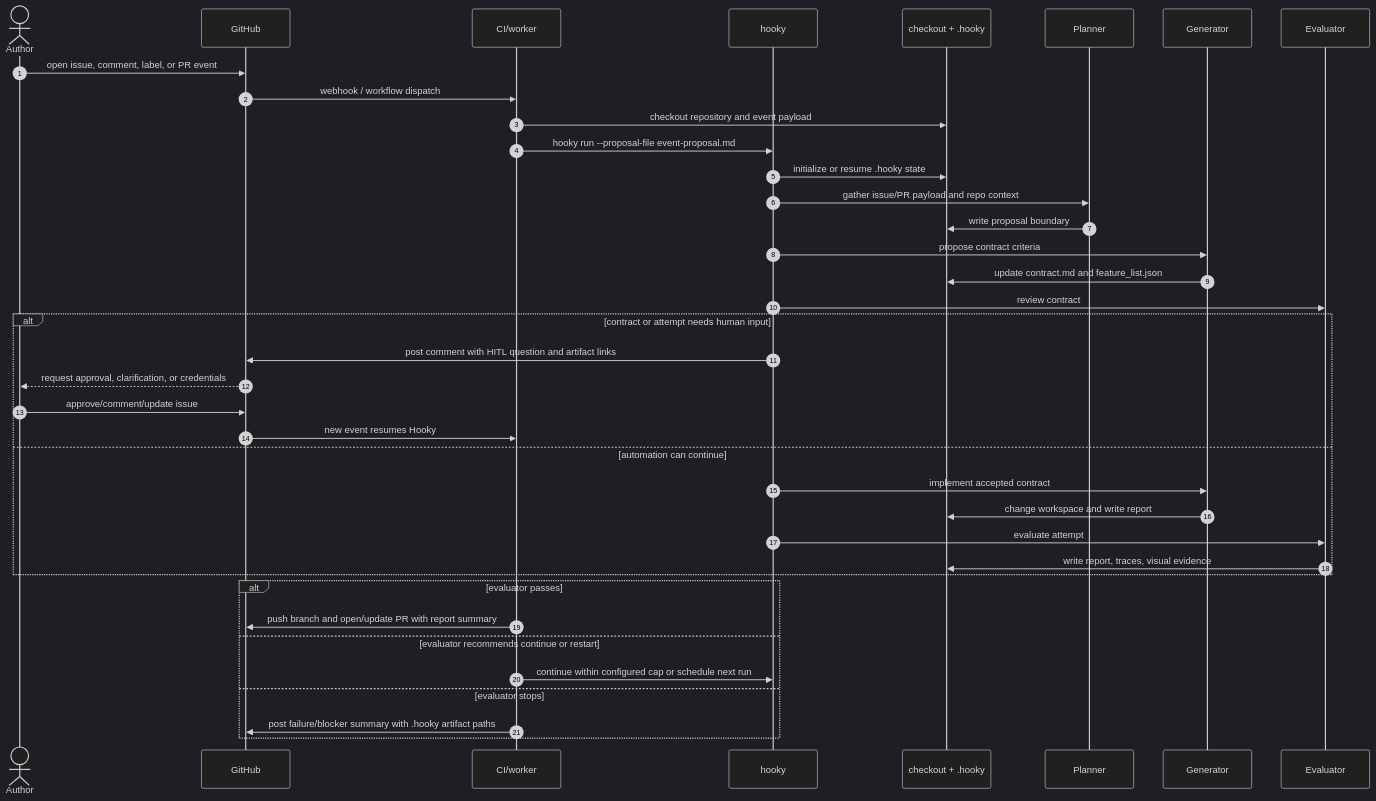
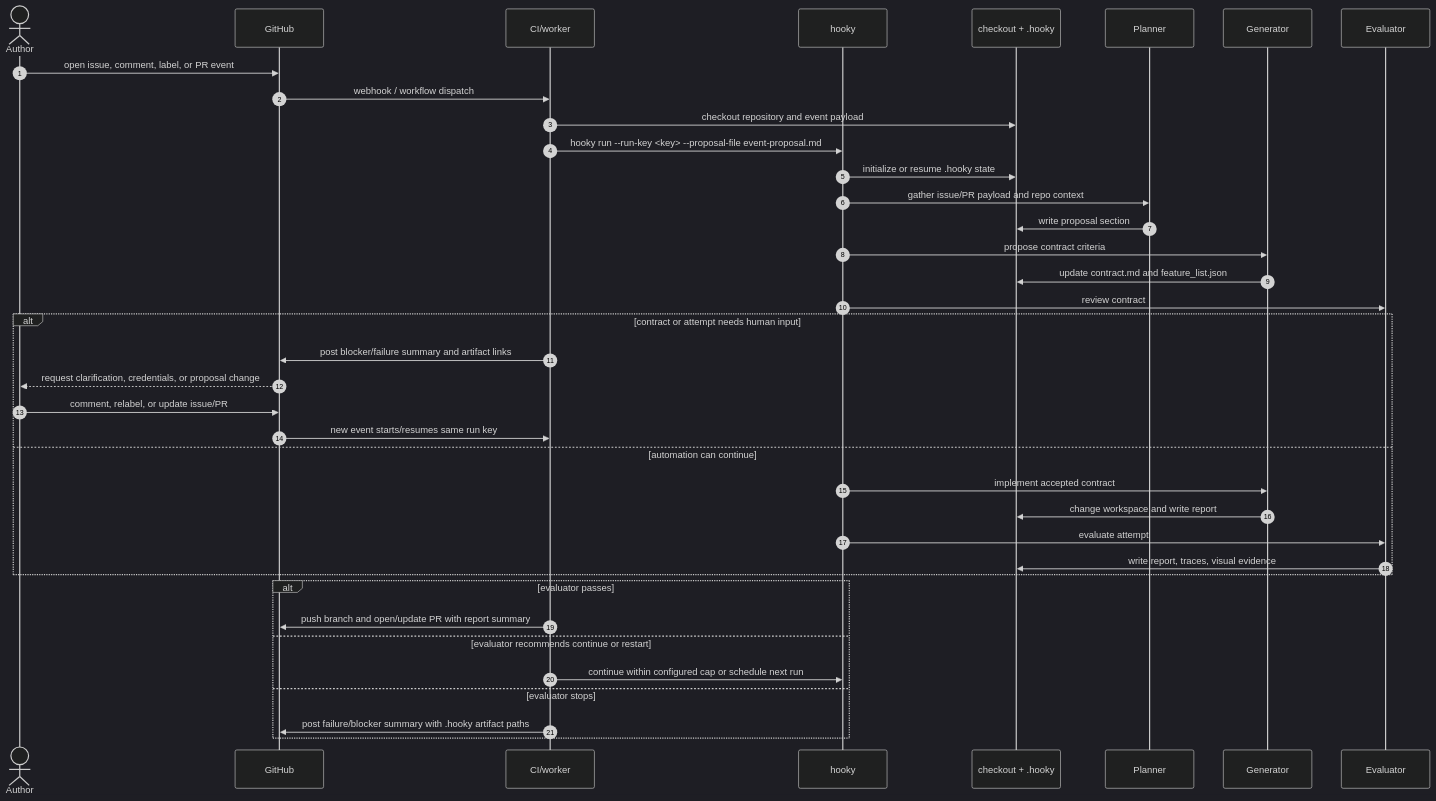
The third of 3 diagrams in docs/usage-sequences.md (datashaman/hooky), drawn with Mermaid (dark theme) before and after one commit. The commit also changed other lines of this file and 19 other files, not shown here.

````diff
--- a/docs/usage-sequences.md
+++ b/docs/usage-sequences.md
@@ -117,43 +121,43 @@
 ```mermaid
 sequenceDiagram
     autonumber
     actor Author
     participant GH as GitHub
     participant Runner as CI/worker
     participant CLI as hooky
     participant FS as checkout + .hooky
     participant Planner
     participant Generator
     participant Evaluator
 
     Author->>GH: open issue, comment, label, or PR event
     GH->>Runner: webhook / workflow dispatch
     Runner->>FS: checkout repository and event payload
-    Runner->>CLI: hooky run --proposal-file event-proposal.md
+    Runner->>CLI: hooky run --run-key <key> --proposal-file event-proposal.md
     CLI->>FS: initialize or resume .hooky state
     CLI->>Planner: gather issue/PR payload and repo context
-    Planner->>FS: write proposal boundary
+    Planner->>FS: write proposal section
     CLI->>Generator: propose contract criteria
     Generator->>FS: update contract.md and feature_list.json
     CLI->>Evaluator: review contract
 
     alt contract or attempt needs human input
-        CLI->>GH: post comment with HITL question and artifact links
-        GH-->>Author: request approval, clarification, or credentials
-        Author->>GH: approve/comment/update issue
-        GH->>Runner: new event resumes Hooky
+        Runner->>GH: post blocker/failure summary and artifact links
+        GH-->>Author: request clarification, credentials, or proposal change
+        Author->>GH: comment, relabel, or update issue/PR
+        GH->>Runner: new event starts/resumes same run key
     else automation can continue
         CLI->>Generator: implement accepted contract
         Generator->>FS: change workspace and write report
         CLI->>Evaluator: evaluate attempt
         Evaluator->>FS: write report, traces, visual evidence
     end
 
     alt evaluator passes
         Runner->>GH: push branch and open/update PR with report summary
     else evaluator recommends continue or restart
         Runner->>CLI: continue within configured cap or schedule next run
     else evaluator stops
         Runner->>GH: post failure/blocker summary with .hooky artifact paths
     end
 ```
````
